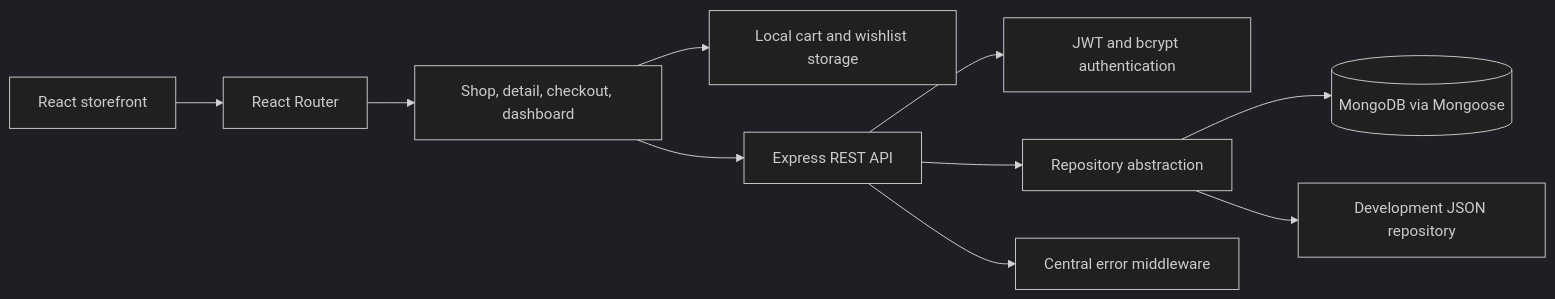
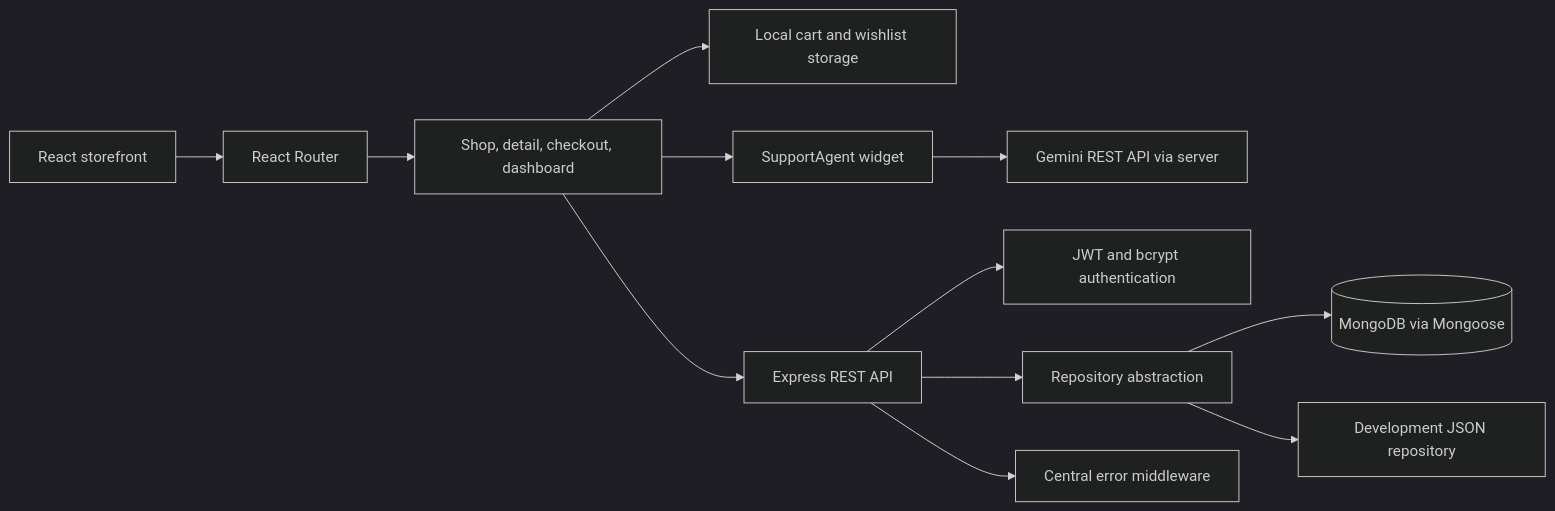
The first of 6 diagrams in CASE-STUDY.md (AbihaTalat/Goodsly), drawn with Mermaid (dark theme) before and after one commit. The commit also changed other lines of this file and 8 other files, not shown here.

Commit message:
Fix storefront navigation and add Gemini support agent

````diff
--- a/CASE-STUDY.md
+++ b/CASE-STUDY.md
@@ -37,12 +41,14 @@
 ```mermaid
 flowchart LR
     Browser[React storefront] --> Router[React Router]
     Router --> Pages[Shop, detail, checkout, dashboard]
     Pages --> Local[Local cart and wishlist storage]
     Pages --> API[Express REST API]
+    Pages --> Support[SupportAgent widget]
+    Support --> AI[Gemini REST API via server]
     API --> Auth[JWT and bcrypt authentication]
     API --> Repository[Repository abstraction]
     Repository --> Mongo[(MongoDB via Mongoose)]
     Repository --> Fallback[Development JSON repository]
     API --> Errors[Central error middleware]
 ```
````
